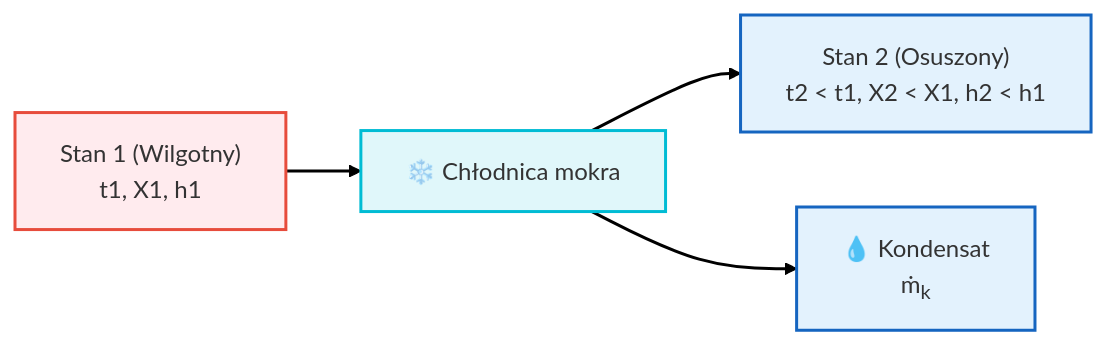
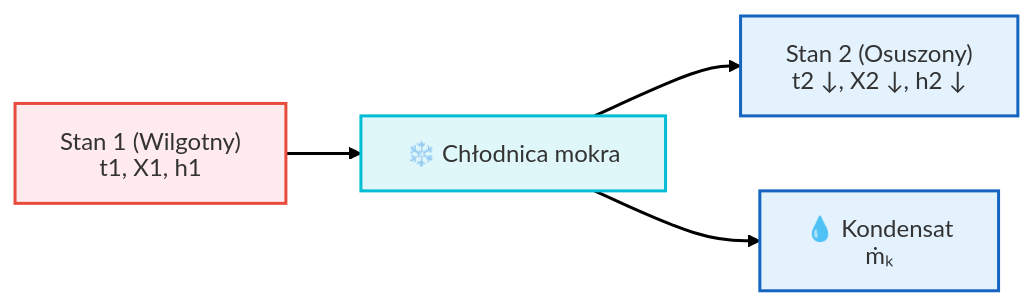
The third of 3 diagrams in Wyklady/13_Klimatyzacja.qmd (moondec/Termodynamika), drawn with Mermaid before and after one commit. The commit also changed other lines of this file and 84 other files, not shown here.

First line of the commit message:
Wykłady: diagramy mermaid bez ucinania i dopasowane do slajdów

````diff
--- a/Wyklady/13_Klimatyzacja.qmd
+++ b/Wyklady/13_Klimatyzacja.qmd
@@ -199,14 +207,13 @@
 ```{mermaid}
 %%| fig-align: center
-%%| fig-width: 18.2
-%%| fig-height: 3.1
+%%{init: {'theme': 'default', 'htmlLabels': false, 'flowchart': {'htmlLabels': false, 'wrappingWidth': 400, 'subGraphTitleMargin': {'top': 6, 'bottom': 16}}, 'themeVariables': {'fontSize': '16px', 'fontFamily': 'Arial, Helvetica, sans-serif'}}}%%
 
 flowchart LR
-    A["Stan 1 (Wilgotny)<br>t1, X1, h1"] --> CH["❄️ Chłodnica mokra"] --> B["Stan 2 (Osuszony)<br>t2 < t1, X2 < X1, h2 < h1"]
-    CH --> K["💧 Kondensat<br>ṁ<sub>k</sub>"]
+    A["Stan 1 (Wilgotny)<br>t1, X1, h1"] --> CH["❄️ Chłodnica mokra"] --> B["Stan 2 (Osuszony)<br>t2 ↓, X2 ↓, h2 ↓"]
+    CH --> K["💧 Kondensat<br>ṁₖ"]
     style A fill:#ffebee,stroke:#e74c3c,stroke-width:2px
     style CH fill:#e0f7fa,stroke:#00bcd4,stroke-width:2px
     style B fill:#e3f2fd,stroke:#1565c0,stroke-width:2px
     style K fill:#e3f2fd,stroke:#1565c0,stroke-width:2px
     linkStyle default stroke-width:2px,fill:none,stroke:black
 ```
````
